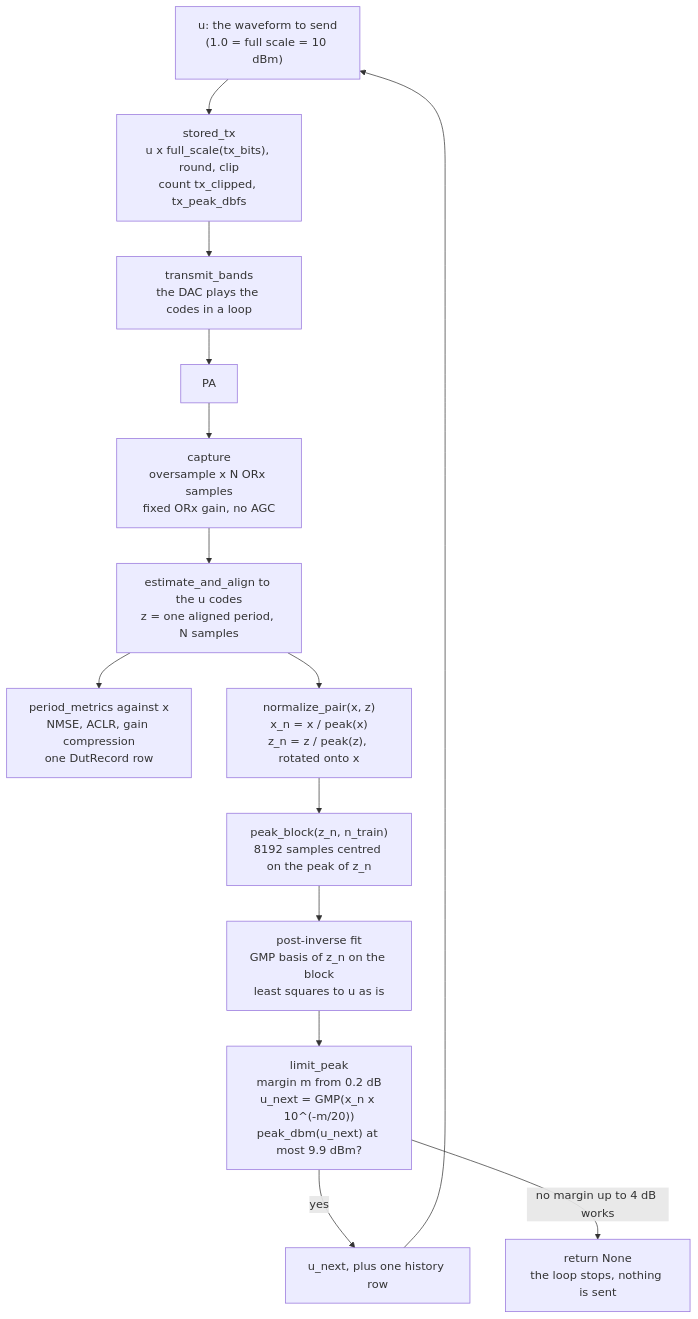
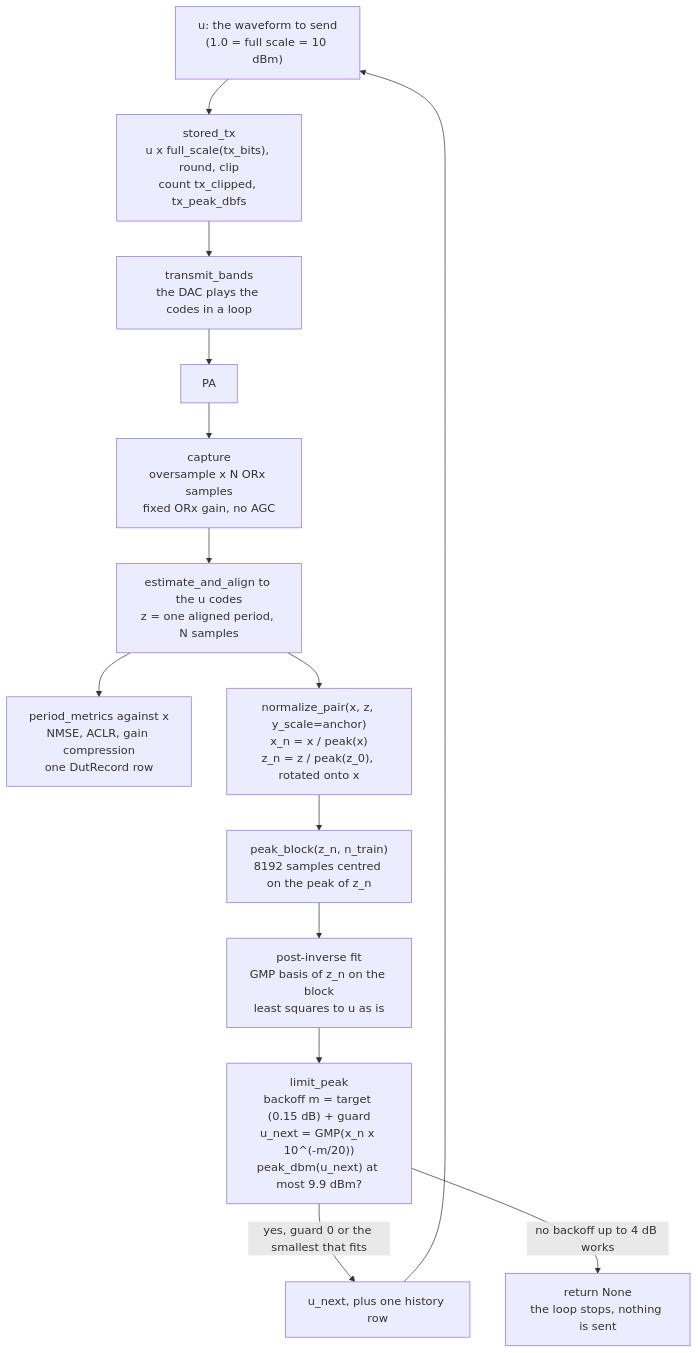
One commit to majid-0/ADRV9026_Setup changed the diagram in docs/dpd_pass.md. Above: the diagram before and after it, drawn with Mermaid. The commit also changed other lines of this file and 3 other files, not shown here.

First line of the commit message:
Document the anchored target, the peak guard and the target sweep.

````diff
--- a/docs/dpd_pass.md
+++ b/docs/dpd_pass.md
@@ -23,16 +24,16 @@
 ```mermaid
 flowchart TD
     U["u: the waveform to send<br/>(1.0 = full scale = 10 dBm)"] --> TX["stored_tx<br/>u x full_scale(tx_bits), round, clip<br/>count tx_clipped, tx_peak_dbfs"]
     TX --> DAC["transmit_bands<br/>the DAC plays the codes in a loop"]
     DAC --> PA["PA"]
     PA --> CAP["capture<br/>oversample x N ORx samples<br/>fixed ORx gain, no AGC"]
     CAP --> ALN["estimate_and_align to the u codes<br/>z = one aligned period, N samples"]
     ALN --> SCORE["period_metrics against x<br/>NMSE, ACLR, gain compression<br/>one DutRecord row"]
-    ALN --> NORM["normalize_pair(x, z)<br/>x_n = x / peak(x)<br/>z_n = z / peak(z), rotated onto x"]
+    ALN --> NORM["normalize_pair(x, z, y_scale=anchor)<br/>x_n = x / peak(x)<br/>z_n = z / peak(z_0), rotated onto x"]
     NORM --> BLK["peak_block(z_n, n_train)<br/>8192 samples centred on the peak of z_n"]
     BLK --> FIT["post-inverse fit<br/>GMP basis of z_n on the block<br/>least squares to u as is"]
-    FIT --> LIM["limit_peak<br/>margin m from 0.2 dB<br/>u_next = GMP(x_n x 10^(-m/20))<br/>peak_dbm(u_next) at most 9.9 dBm?"]
-    LIM -->|yes| NEXT["u_next, plus one history row"]
-    LIM -->|"no margin up to 4 dB works"| STOP["return None<br/>the loop stops, nothing is sent"]
+    FIT --> LIM["limit_peak<br/>backoff m = target (0.15 dB) + guard<br/>u_next = GMP(x_n x 10^(-m/20))<br/>peak_dbm(u_next) at most 9.9 dBm?"]
+    LIM -->|"yes, guard 0 or the smallest that fits"| NEXT["u_next, plus one history row"]
+    LIM -->|"no backoff up to 4 dB works"| STOP["return None<br/>the loop stops, nothing is sent"]
     NEXT --> U
 ```
````
